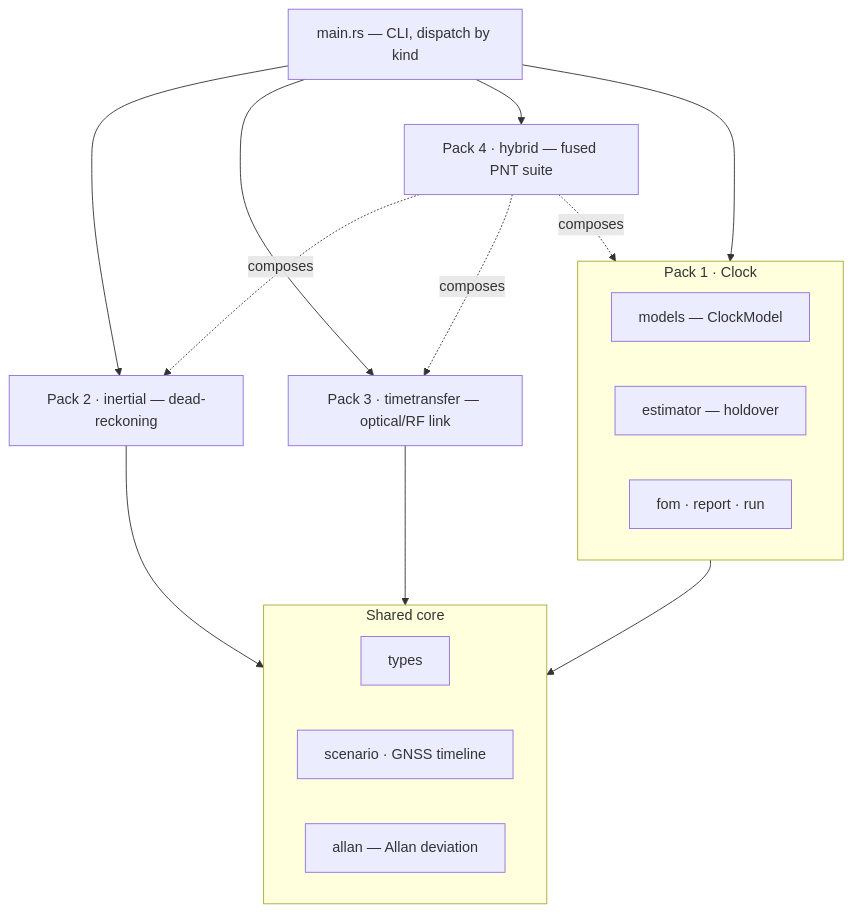
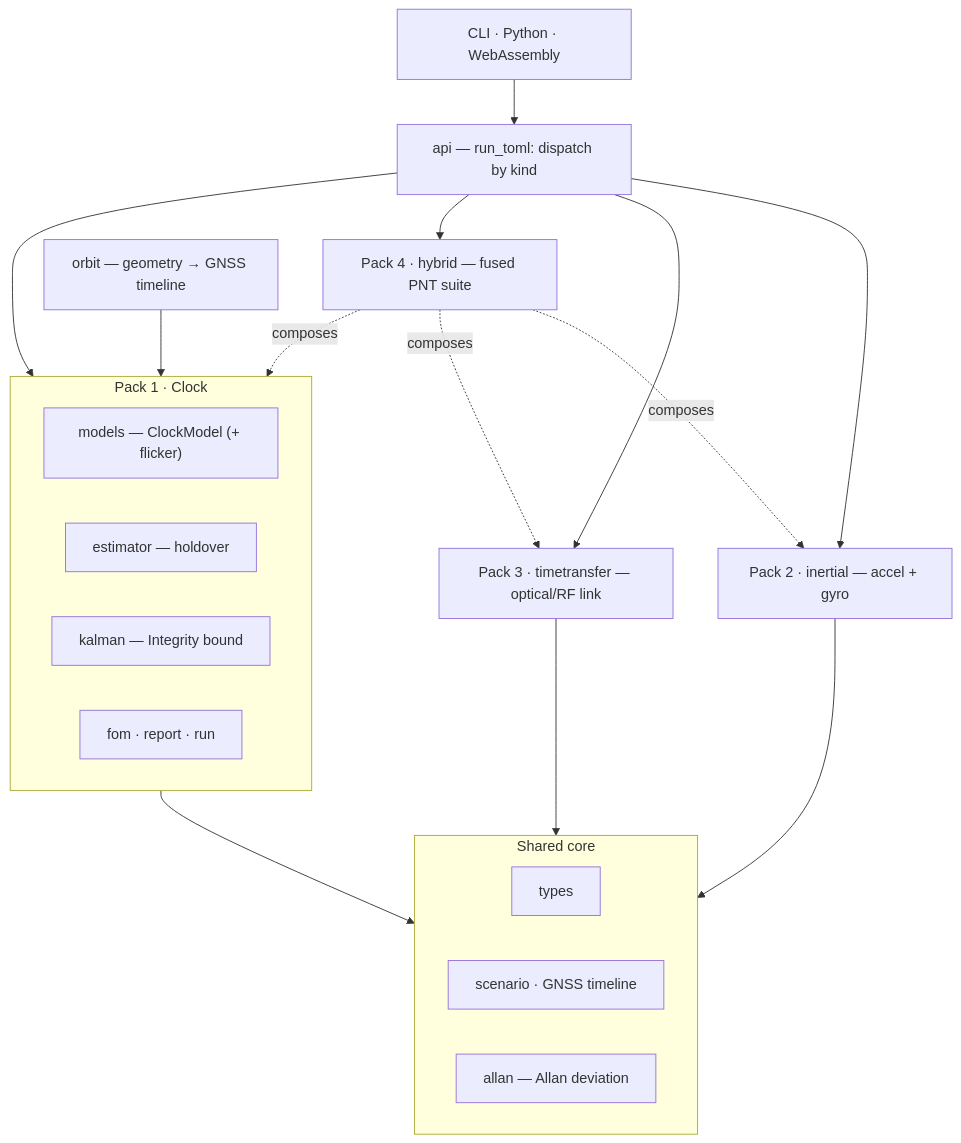
The second of 2 diagrams in README.md (ashfordeOU/kshana), drawn with Mermaid before and after one commit. The commit also changed other lines of this file and 2 other files, not shown here.

First line of the commit message:
Bring README and architecture docs current with the engine

````diff
--- a/README.md
+++ b/README.md
@@ -212,27 +241,30 @@
 ```mermaid
 flowchart TD
-    main["main.rs — CLI, dispatch by kind"]
+    cli["CLI · Python · WebAssembly"] --> api["api — run_toml: dispatch by kind"]
     subgraph shared["Shared core"]
       types["types"]
       scenario["scenario · GNSS timeline"]
       allan["allan — Allan deviation"]
     end
     subgraph p1["Pack 1 · Clock"]
-      models["models — ClockModel"]
+      models["models — ClockModel (+ flicker)"]
       estimator["estimator — holdover"]
+      kalman["kalman — Integrity bound"]
       fom["fom · report · run"]
     end
-    p2["Pack 2 · inertial — dead-reckoning"]
+    p2["Pack 2 · inertial — accel + gyro"]
     p3["Pack 3 · timetransfer — optical/RF link"]
     p4["Pack 4 · hybrid — fused PNT suite"]
-    main --> p1
-    main --> p2
-    main --> p3
-    main --> p4
+    orbit["orbit — geometry → GNSS timeline"]
+    api --> p1
+    api --> p2
+    api --> p3
+    api --> p4
     p1 --> shared
     p2 --> shared
     p3 --> shared
+    orbit --> p1
     p4 -. composes .-> p1
     p4 -. composes .-> p2
     p4 -. composes .-> p3
 ```
````
